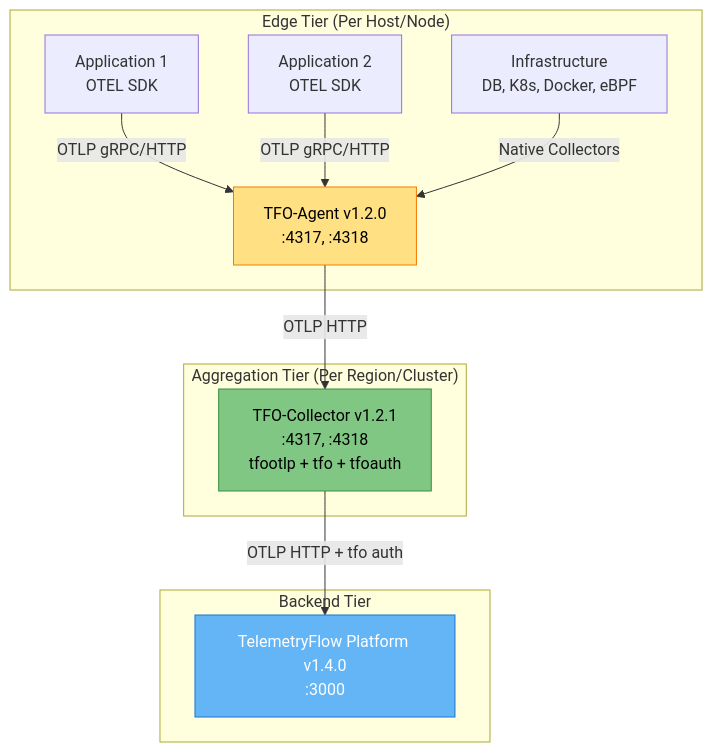
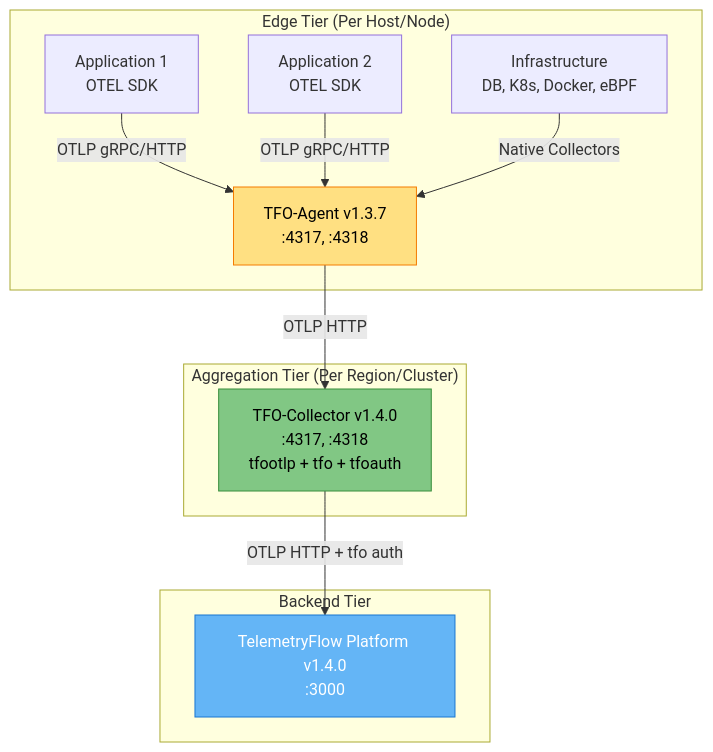
The first of 3 diagrams in tfo-otel/README.md (telemetryflow/telemetryflow-overview), drawn with Mermaid before and after one commit. The commit also changed other lines of this file and 11 other files, not shown here.

First line of the commit message:
docs: update component versions to latest (agent/collector/platform/OTel)

````diff
--- a/tfo-otel/README.md
+++ b/tfo-otel/README.md
@@ -217,29 +217,29 @@
 ```mermaid
 graph TB
     subgraph "Edge Tier (Per Host/Node)"
         APP1[Application 1<br/>OTEL SDK]
         APP2[Application 2<br/>OTEL SDK]
         INFRA[Infrastructure<br/>DB, K8s, Docker, eBPF]
 
-        AGENT[TFO-Agent v1.2.0<br/>:4317, :4318]
+        AGENT[TFO-Agent v1.3.7<br/>:4317, :4318]
     end
 
     subgraph "Aggregation Tier (Per Region/Cluster)"
-        COLLECTOR[TFO-Collector v1.2.1<br/>:4317, :4318<br/>tfootlp + tfo + tfoauth]
+        COLLECTOR[TFO-Collector v1.4.0<br/>:4317, :4318<br/>tfootlp + tfo + tfoauth]
     end
 
     subgraph "Backend Tier"
         TFO[TelemetryFlow Platform v1.4.0<br/>:3000]
     end
 
     APP1 -->|OTLP gRPC/HTTP| AGENT
     APP2 -->|OTLP gRPC/HTTP| AGENT
     INFRA -->|Native Collectors| AGENT
 
     AGENT -->|OTLP HTTP| COLLECTOR
     COLLECTOR -->|OTLP HTTP + tfo auth| TFO
 
     style AGENT fill:#FFE082,stroke:#F57C00,color:#000
     style COLLECTOR fill:#81C784,stroke:#388E3C,color:#000
     style TFO fill:#64B5F6,stroke:#1976D2,color:#fff
 ```
````
